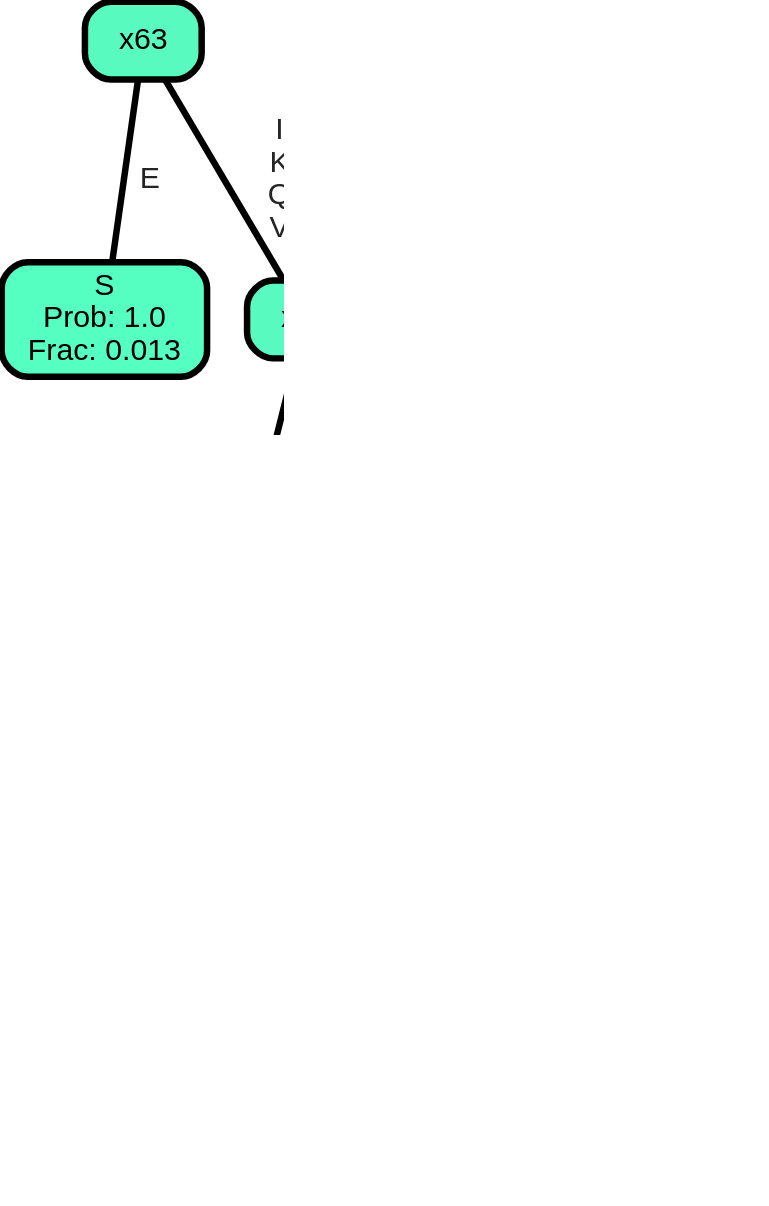
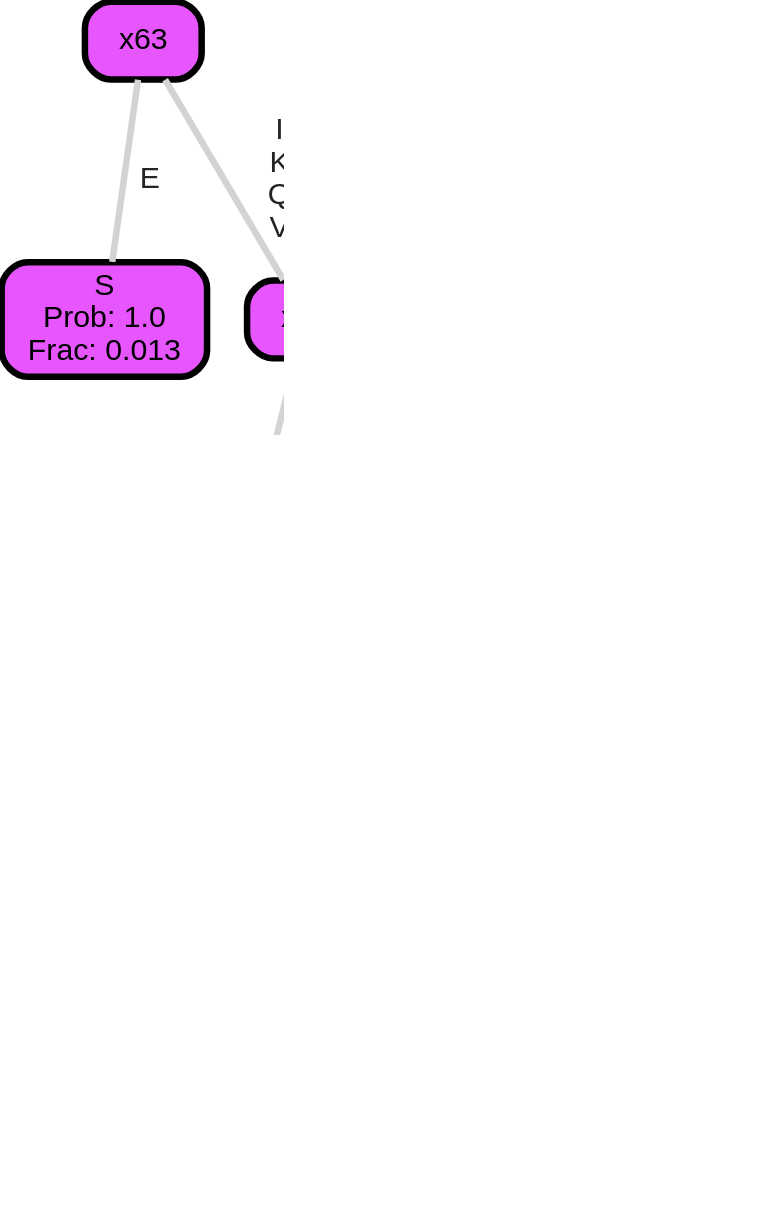
The diagram in qnet_predictions/qnet_models/trees/123.dot (zeroknowledgediscovery/emergenet), drawn with Graphviz before and after one commit. The commit also changed 1724 other files, not shown here.

```diff
--- a/qnet_predictions/qnet_models/trees/123.dot
+++ b/qnet_predictions/qnet_models/trees/123.dot
@@ -1,32 +1,32 @@
 graph Tree {
 node [shape=box, style="filled, rounded",color="black",penwidth="3",fontcolor="black",                 fontname=helvetica] ;
 graph [ranksep="0 equally", splines=straight,                 bgcolor=transparent, dpi=200] ;
-edge [fontname=helvetica, fontweight=bold,fontcolor=grey14,color=black] ;
+edge [fontname=helvetica, fontweight=bold,fontcolor=grey14,color=lightgray] ;
 0 [label="S
 Prob: 1.0
-Frac: 0.013", fillcolor="#55ffc1"] ;
-1 [label="x63", fillcolor="#59fac0"] ;
+Frac: 0.013", fillcolor="#e755ff"] ;
+1 [label="x63", fillcolor="#e756fc"] ;
 2 [label="S
 Prob: 1.0
-Frac: 0.008", fillcolor="#55ffc1"] ;
-3 [label="x63", fillcolor="#59fac0"] ;
+Frac: 0.008", fillcolor="#e755ff"] ;
+3 [label="x63", fillcolor="#e756fc"] ;
 4 [label="T
 Prob: 1.0
-Frac: 0.021", fillcolor="#c155ff"] ;
-5 [label="x63", fillcolor="#59fac0"] ;
+Frac: 0.021", fillcolor="#ff55ff"] ;
+5 [label="x63", fillcolor="#e756fc"] ;
 6 [label="S
 Prob: 1.0
-Frac: 0.938", fillcolor="#55ffc1"] ;
-7 [label="x238", fillcolor="#57febf"] ;
+Frac: 0.938", fillcolor="#e755ff"] ;
+7 [label="x238", fillcolor="#e756fc"] ;
 8 [label="A
 Prob: 0.6
-Frac: 0.021", fillcolor="#bbd980"] ;
+Frac: 0.021", fillcolor="#f59599"] ;
 1 -- 0 [label=" E",penwidth=3] ;
 1 -- 3 [label=" I\n K\n Q\n V",penwidth=3] ;
 3 -- 2 [label=" I",penwidth=3] ;
 3 -- 5 [label=" K\n Q\n V",penwidth=3] ;
 5 -- 4 [label=" K",penwidth=3] ;
 5 -- 7 [label=" Q\n V",penwidth=3] ;
 7 -- 6 [label=" D",penwidth=3] ;
 7 -- 8 [label=" E\n N",penwidth=3] ;
 {rank = same;}}
```
